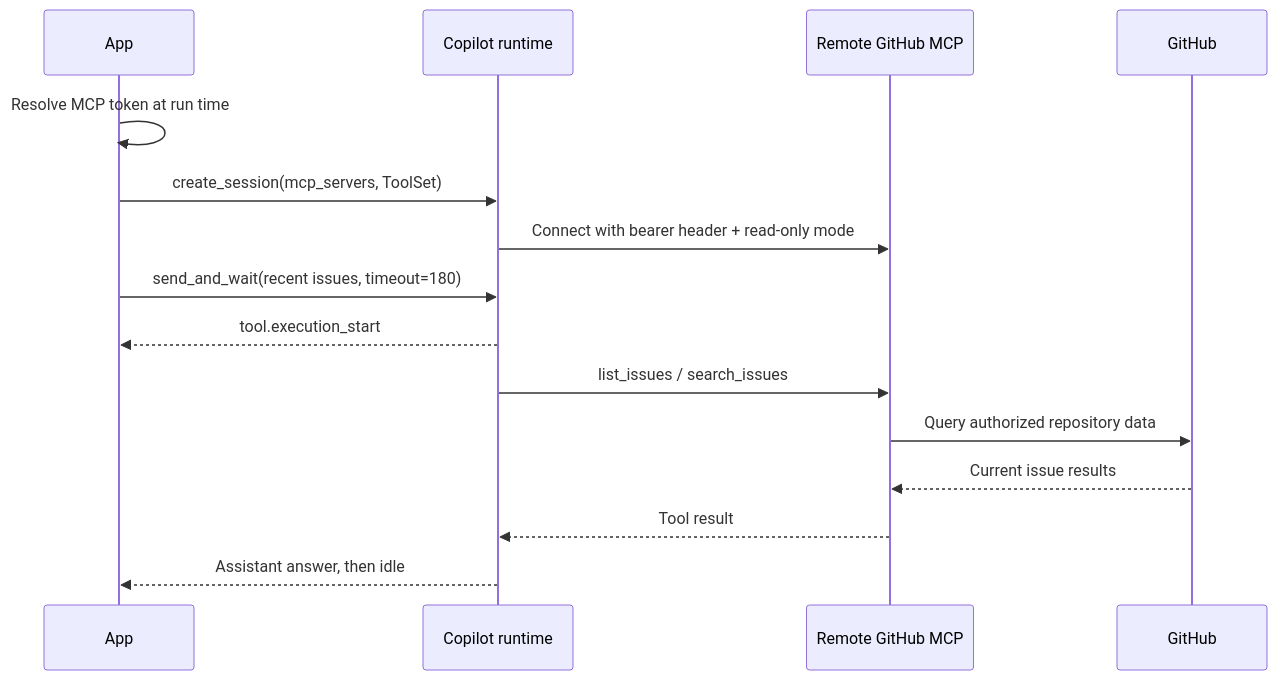
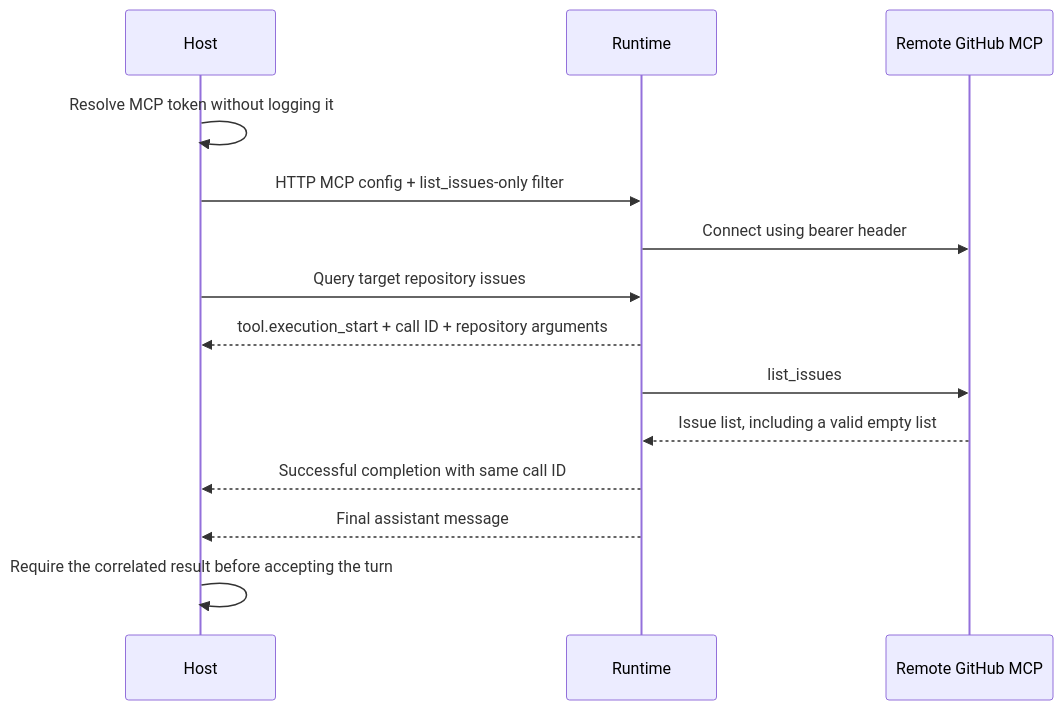
Before and after one commit to jeffrey-groneberg/ghcp_sdk: the diagram in examples/05_mcp_servers.md, drawn with Mermaid. The commit also changed other lines of this file and 27 other files, not shown here.

First line of the commit message:
Make the SDK introduction a repository-assistant walkthrough

````diff
--- a/examples/05_mcp_servers.md
+++ b/examples/05_mcp_servers.md
@@ -15,17 +18,16 @@
 ```mermaid
 sequenceDiagram
-    participant App
-    participant Runtime as Copilot runtime
+    participant Host
+    participant Runtime
     participant MCP as Remote GitHub MCP
-    participant GitHub
-    App->>App: Resolve MCP token at run time
-    App->>Runtime: create_session(mcp_servers, ToolSet)
-    Runtime->>MCP: Connect with bearer header + read-only mode
-    App->>Runtime: send_and_wait(recent issues, timeout=180)
-    Runtime-->>App: tool.execution_start
-    Runtime->>MCP: list_issues / search_issues
-    MCP->>GitHub: Query authorized repository data
-    GitHub-->>MCP: Current issue results
-    MCP-->>Runtime: Tool result
-    Runtime-->>App: Assistant answer, then idle
+    Host->>Host: Resolve MCP token without logging it
+    Host->>Runtime: HTTP MCP config + list_issues-only filter
+    Runtime->>MCP: Connect using bearer header
+    Host->>Runtime: Query target repository issues
+    Runtime-->>Host: tool.execution_start + call ID + repository arguments
+    Runtime->>MCP: list_issues
+    MCP-->>Runtime: Issue list, including a valid empty list
+    Runtime-->>Host: Successful completion with same call ID
+    Runtime-->>Host: Final assistant message
+    Host->>Host: Require the correlated result before accepting the turn
 ```
````
